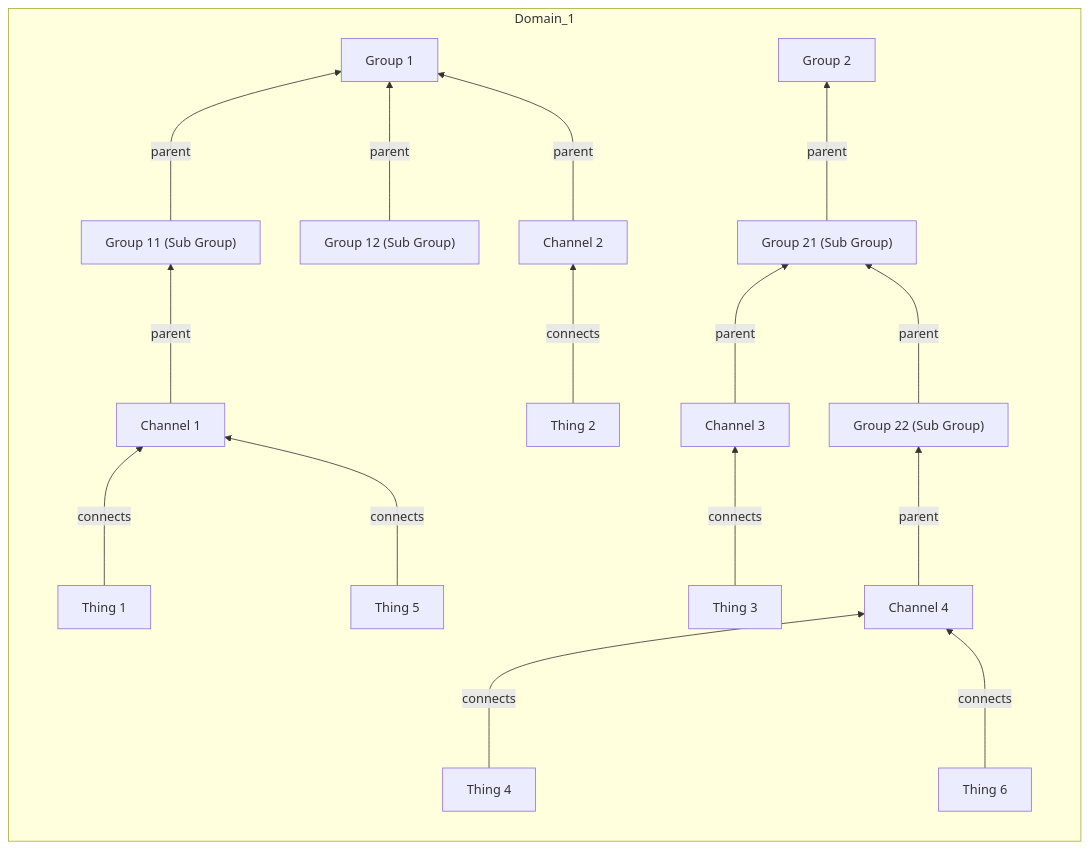
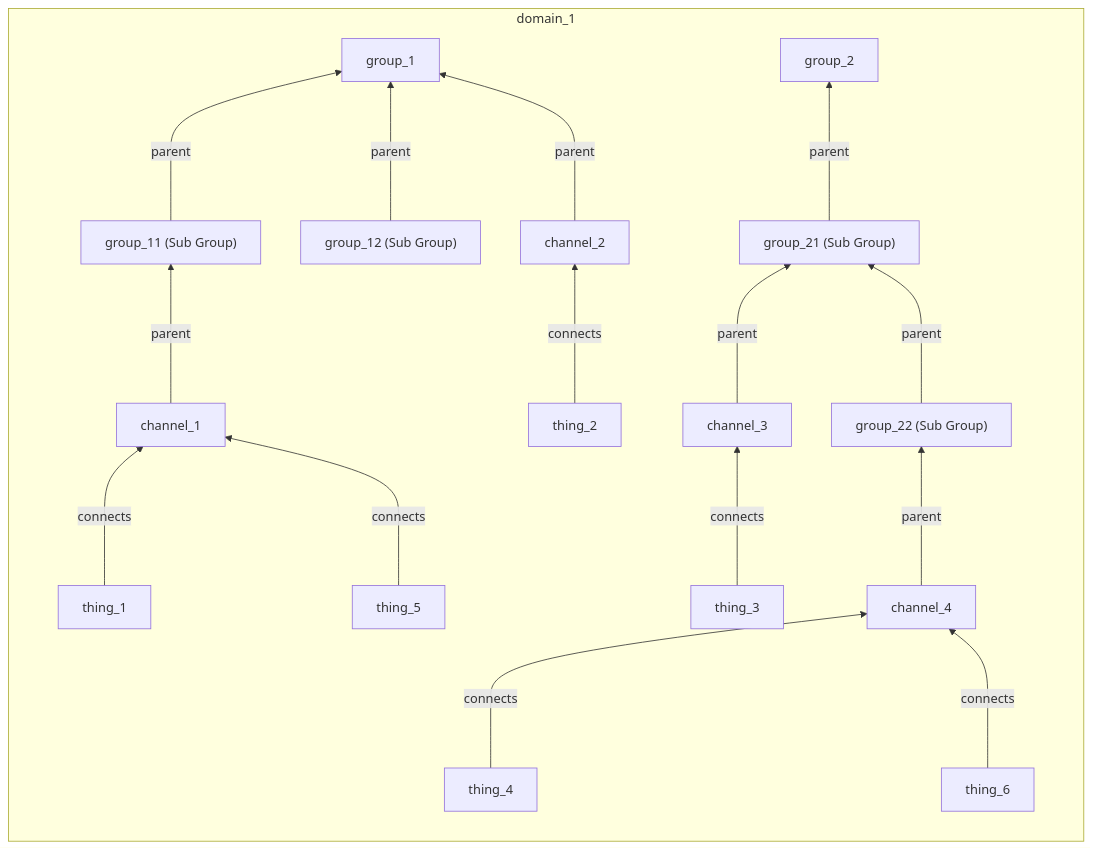
The seventh of 8 diagrams in docs/authorization.md (absmach/magistrala-docs), drawn with Mermaid before and after one commit. The commit also changed other lines of this file and 24 other files, not shown here.

````diff
--- a/docs/authorization.md
+++ b/docs/authorization.md
@@ -322,47 +199,47 @@
 ```mermaid
 graph
-   subgraph Domain_1
+   subgraph domain_1
       direction BT
-      Gr1["Group 1"]
-      Gr2["Group 2"]
+      Gr1["group_1"]
+      Gr2["group_2"]
 
-      Gr11["Group 11 (Sub Group)"]
-      Gr12["Group 12 (Sub Group)"]
+      Gr11["group_11 (Sub Group)"]
+      Gr12["group_12 (Sub Group)"]
 
-      Gr21["Group 21 (Sub Group)"]
-      Gr22["Group 22 (Sub Group)"]
+      Gr21["group_21 (Sub Group)"]
+      Gr22["group_22 (Sub Group)"]
 
-      Th1["Thing 1"]
-      Th2["Thing 2"]
-      Th3["Thing 3"]
-      Th4["Thing 4"]
-      Th5["Thing 5"]
-      Th6["Thing 6"]
+      Th1["thing_1"]
+      Th2["thing_2"]
+      Th3["thing_3"]
+      Th4["thing_4"]
+      Th5["thing_5"]
+      Th6["thing_6"]
 
 
 
-      Ch1["Channel 1"]
-      Ch2["Channel 2"]
-      Ch3["Channel 3"]
-      Ch4["Channel 4"]
+      Ch1["channel_1"]
+      Ch2["channel_2"]
+      Ch3["channel_3"]
+      Ch4["channel_4"]
 
       Gr11 --->|parent| Gr1
       Gr12 --->|parent| Gr1
 
       Ch1 --->|parent| Gr11
       Th1 --->|connects| Ch1
       Th5 --->|connects| Ch1
 
       Ch2 --->|parent| Gr1
       Th2 --->|connects| Ch2
 
       Gr21 --->|parent| Gr2
       Ch3 --->|parent| Gr21
       Th3 --->|connects| Ch3
 
       Gr22 --->|parent| Gr21
       Ch4 --->|parent| Gr22
       Th4 --->|connects| Ch4
       Th6 --->|connects| Ch4
    end
 ```
````
